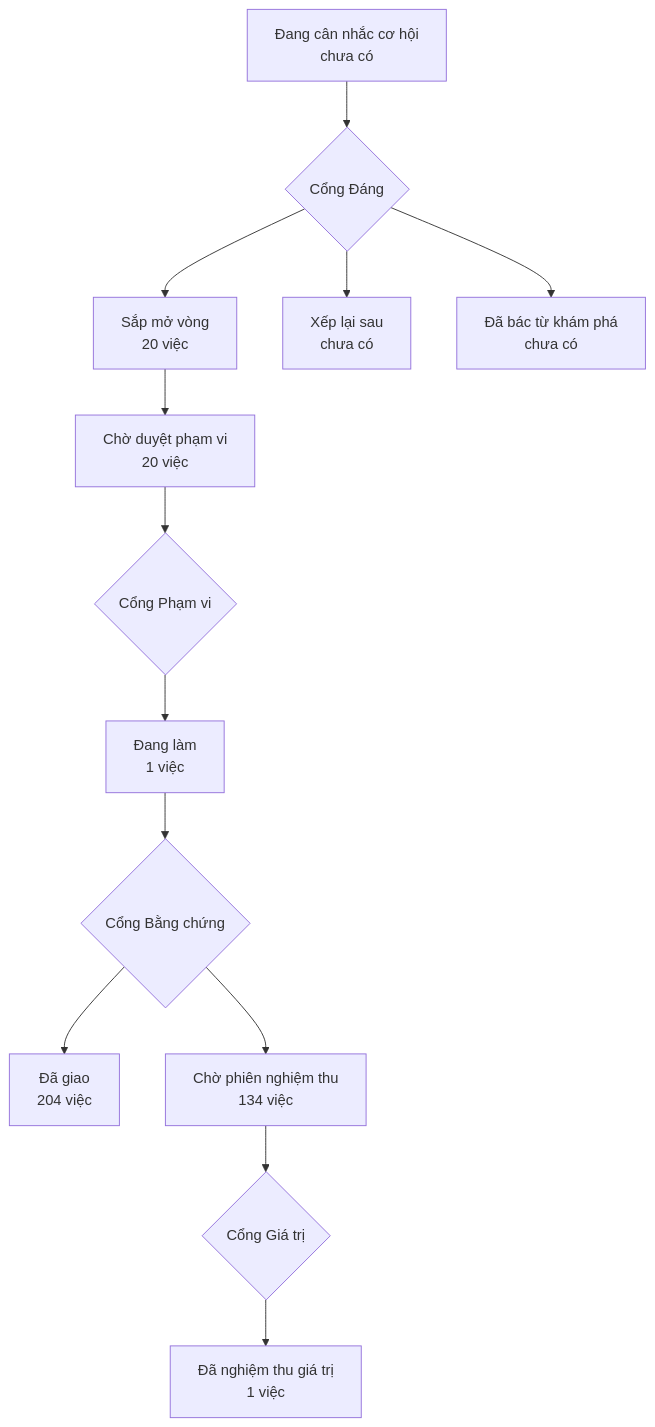
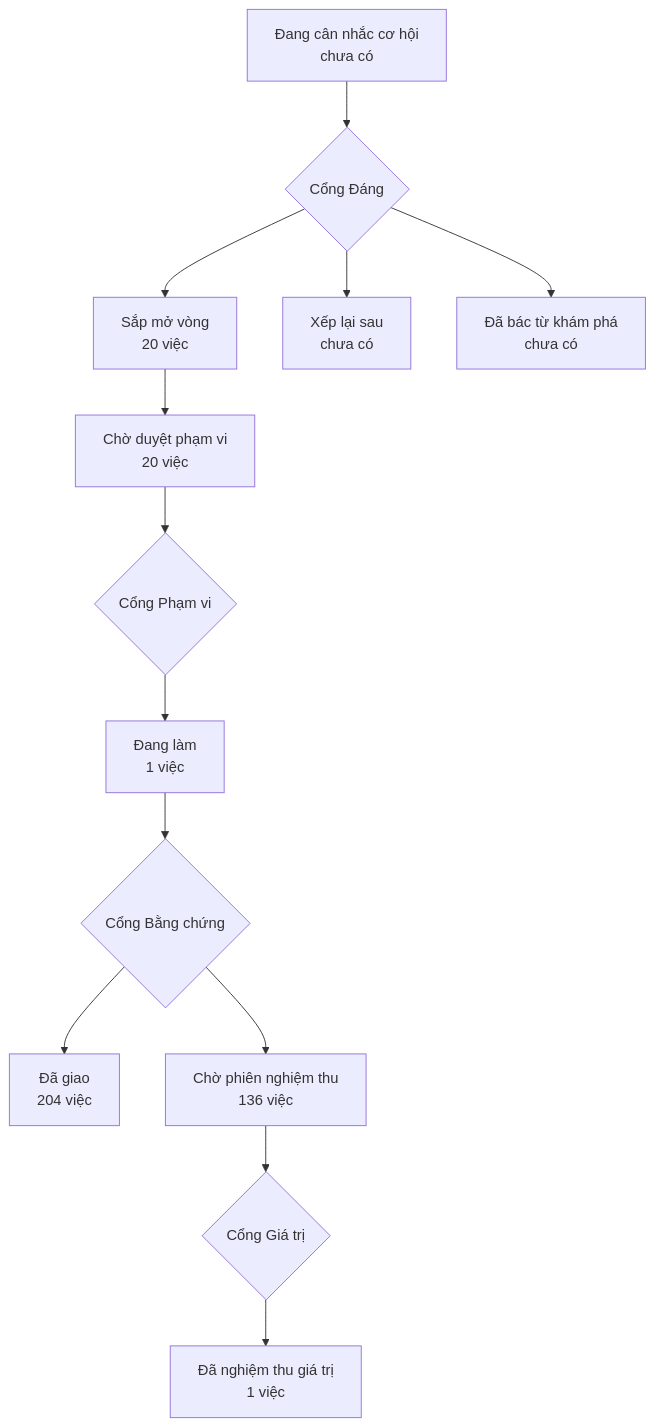
Before and after one commit to phanlemanh/onehub-invest: the diagram in PRODUCT-MAP.md, drawn with Mermaid. The commit also changed other lines of this file and 1 other file, not shown here.

Commit message:
docs: vẽ lại bản đồ sản phẩm sau khi gộp main

````diff
--- a/PRODUCT-MAP.md
+++ b/PRODUCT-MAP.md
@@ -7,12 +7,12 @@
 ```mermaid
 flowchart TD
   A["Đang cân nhắc cơ hội<br/>chưa có"] --> GD{"Cổng Đáng"}
   GD --> B["Sắp mở vòng<br/>20 việc"]
   GD --> XL["Xếp lại sau<br/>chưa có"]
   GD --> DB["Đã bác từ khám phá<br/>chưa có"]
   B --> CD["Chờ duyệt phạm vi<br/>20 việc"] --> GP{"Cổng Phạm vi"}
   GP --> DL["Đang làm<br/>1 việc"] --> GB{"Cổng Bằng chứng"}
   GB --> DG["Đã giao<br/>204 việc"]
-  GB --> CN["Chờ phiên nghiệm thu<br/>134 việc"] --> GG{"Cổng Giá trị"}
+  GB --> CN["Chờ phiên nghiệm thu<br/>136 việc"] --> GG{"Cổng Giá trị"}
   GG --> NT["Đã nghiệm thu giá trị<br/>1 việc"]
 ```
````
